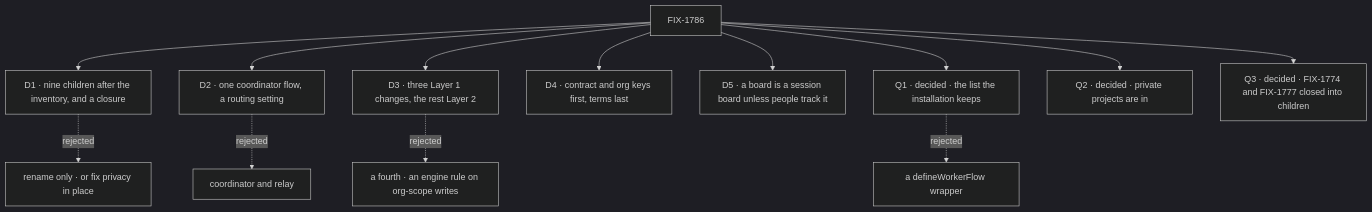
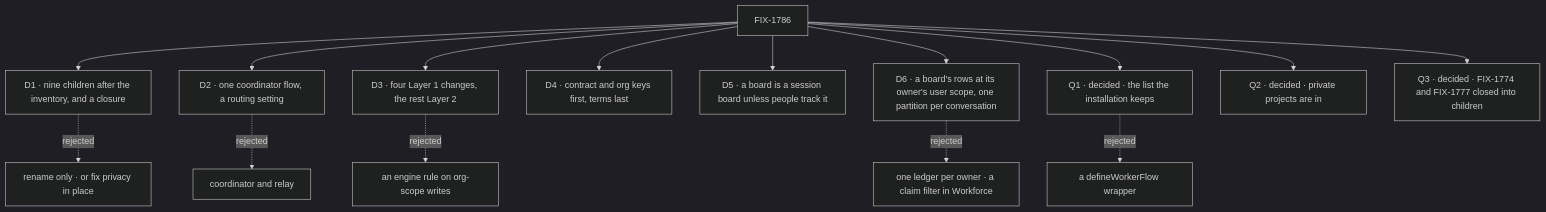
The diagram in specs/epics/FIX-1786/DECISIONS.md (fixpoint-labs/flow-state-dev), drawn with Mermaid (dark theme) before and after one commit. The commit also changed other lines of this file and 7 other files, not shown here.

First line of the commit message:
spec(epic): record FIX-1794's per-conversation task board as D6 (FIX-1786)

````diff
--- a/specs/epics/FIX-1786/DECISIONS.md
+++ b/specs/epics/FIX-1786/DECISIONS.md
@@ -14,15 +15,17 @@
 ```mermaid
 flowchart TD
   E["FIX-1786"] --> D1["D1 · nine children after the inventory, and a closure"]
   D1 -.->|"rejected"| X1["rename only · or fix privacy in place"]
   E --> D2["D2 · one coordinator flow, a routing setting"]
   D2 -.->|"rejected"| X2["coordinator and relay"]
-  E --> D3["D3 · three Layer 1 changes, the rest Layer 2"]
-  D3 -.->|"rejected"| X3["a fourth · an engine rule on org-scope writes"]
+  E --> D3["D3 · four Layer 1 changes, the rest Layer 2"]
+  D3 -.->|"rejected"| X3["an engine rule on org-scope writes"]
   E --> D4["D4 · contract and org keys first, terms last"]
   E --> D5["D5 · a board is a session board unless people track it"]
+  E --> D6["D6 · a board's rows at its owner's user scope, one partition per conversation"]
+  D6 -.->|"rejected"| X6["one ledger per owner · a claim filter in Workforce"]
   E --> Q1["Q1 · decided · the list the installation keeps"]
   Q1 -.->|"rejected"| XQ1["a defineWorkerFlow wrapper"]
   E --> Q2["Q2 · decided · private projects are in"]
   E --> Q3["Q3 · decided · FIX-1774 and FIX-1777 closed into children"]
 ```
````
